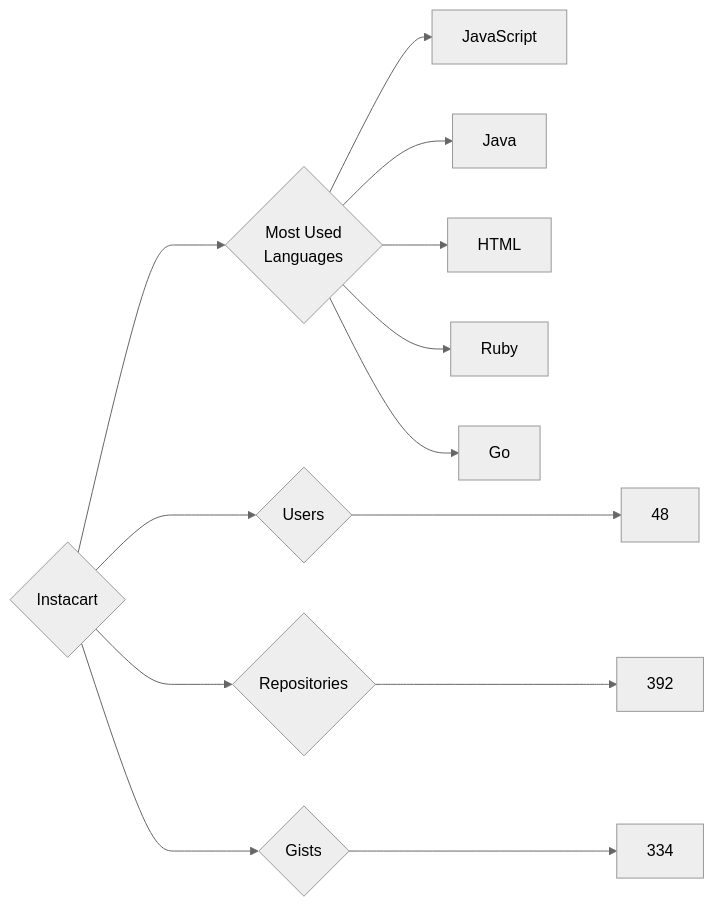
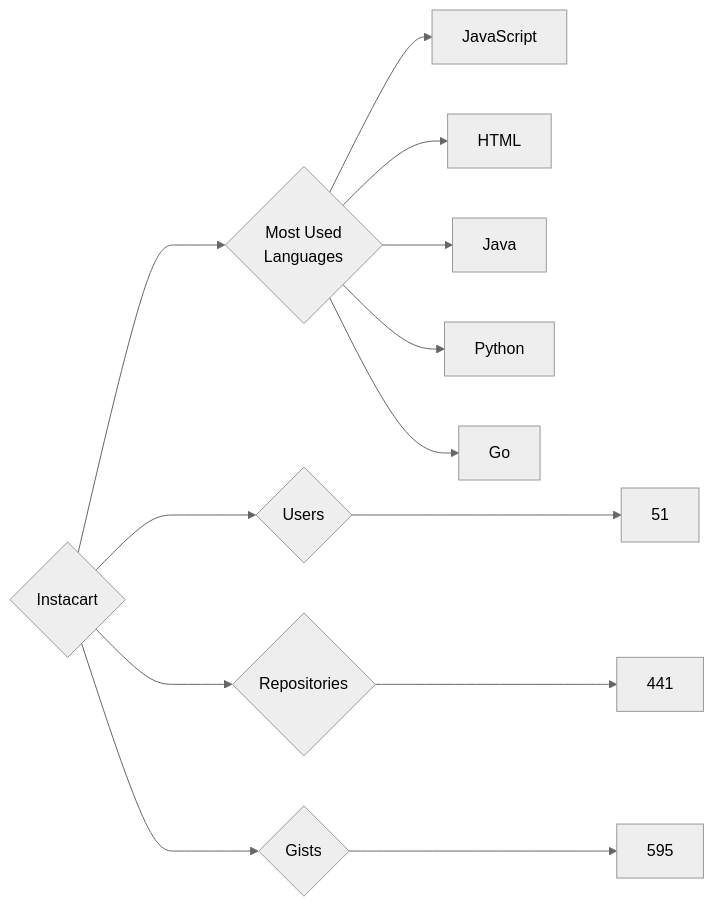
Before and after one commit to trickest/insiders: the diagram in targets/Instacart/README.md, drawn with Mermaid (neutral theme). The commit also changed 932 other files, not shown here.

````diff
--- a/targets/Instacart/README.md
+++ b/targets/Instacart/README.md
@@ -3,13 +3,13 @@
 ```mermaid
 graph LR
 COMPANY_NAME{Instacart}
-COMPANY_NAME ---> U{Users} ---> UN[48]
-COMPANY_NAME ---> R{Repositories} ---> RN[392]
-COMPANY_NAME ---> G{Gists} ---> GN[334]
+COMPANY_NAME ---> U{Users} ---> UN[51]
+COMPANY_NAME ---> R{Repositories} ---> RN[441]
+COMPANY_NAME ---> G{Gists} ---> GN[595]
 COMPANY_NAME ---> ML{Most Used<br>Languages}
 ML --> JavaScript[JavaScript]
+ML --> HTML[HTML]
 ML --> Java[Java]
-ML --> HTML[HTML]
-ML --> Ruby[Ruby]
+ML --> Python[Python]
 ML --> Go[Go]
 ```
````
